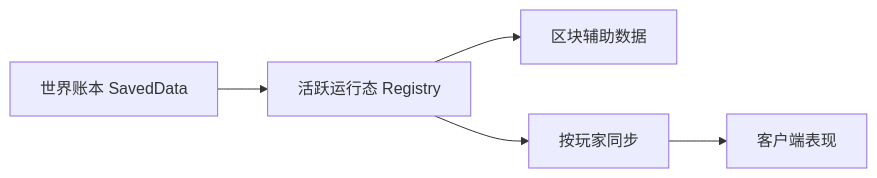
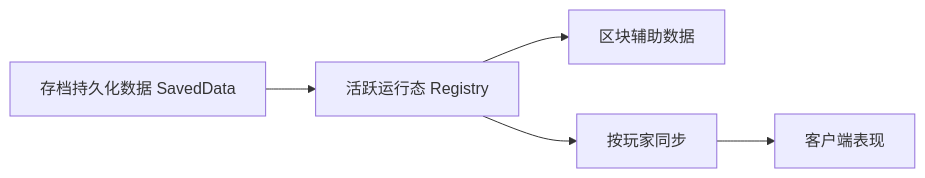
One commit to PickAID/LostCivilization changed the diagram in docs/src/zh-CN/ModdingDeveloping/Implementation/SiteRuntime.md. Above: the diagram before and after it, drawn with Mermaid. The commit also changed other lines of this file and 98 other files, not shown here.

````diff
--- a/docs/src/zh-CN/ModdingDeveloping/Implementation/SiteRuntime.md
+++ b/docs/src/zh-CN/ModdingDeveloping/Implementation/SiteRuntime.md
@@ -11,7 +11,7 @@
 ```mermaid
 flowchart LR
-    Ledger["世界账本 SavedData"] --> Registry["活跃运行态 Registry"]
+    Ledger["存档持久化数据 SavedData"] --> Registry["活跃运行态 Registry"]
     Registry --> ChunkAux["区块辅助数据"]
     Registry --> Sync["按玩家同步"]
     Sync --> Client["客户端表现"]
 ```
````
